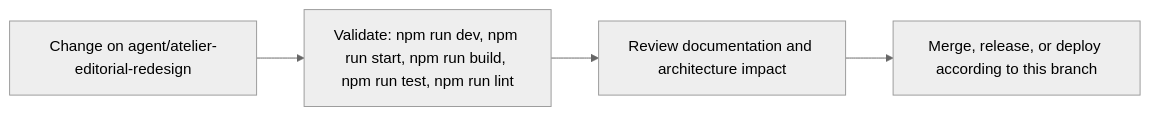
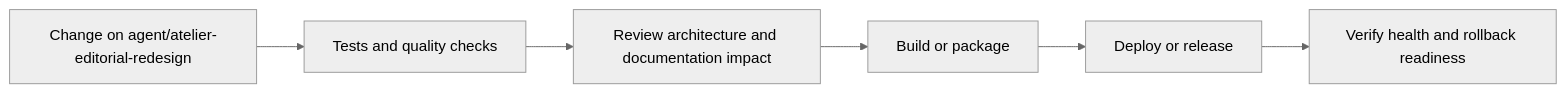
Before and after one commit to Nischhalsubba/BindForge-NW: the fifth of 6 diagrams in README.md, drawn with Mermaid (neutral theme). The commit also changed other lines of this file, not shown here.

````diff
--- a/README.md
+++ b/README.md
@@ -88,8 +185,8 @@
 ```mermaid
 flowchart LR
-    CHANGE["Change on agent/atelier-editorial-redesign"]
-    CHECK["Validate: npm run dev, npm run start, npm run build, npm run test, npm run lint"]
-    REVIEW["Review documentation and architecture impact"]
-    RELEASE["Merge, release, or deploy according to this branch"]
-    CHANGE --> CHECK --> REVIEW --> RELEASE
+    CHANGE["Change on agent/atelier-editorial-redesign"] --> CHECK["Tests and quality checks"]
+    CHECK --> REVIEW["Review architecture and documentation impact"]
+    REVIEW --> BUILD["Build or package"]
+    BUILD --> DEPLOY["Deploy or release"]
+    DEPLOY --> VERIFY["Verify health and rollback readiness"]
 ```
````
